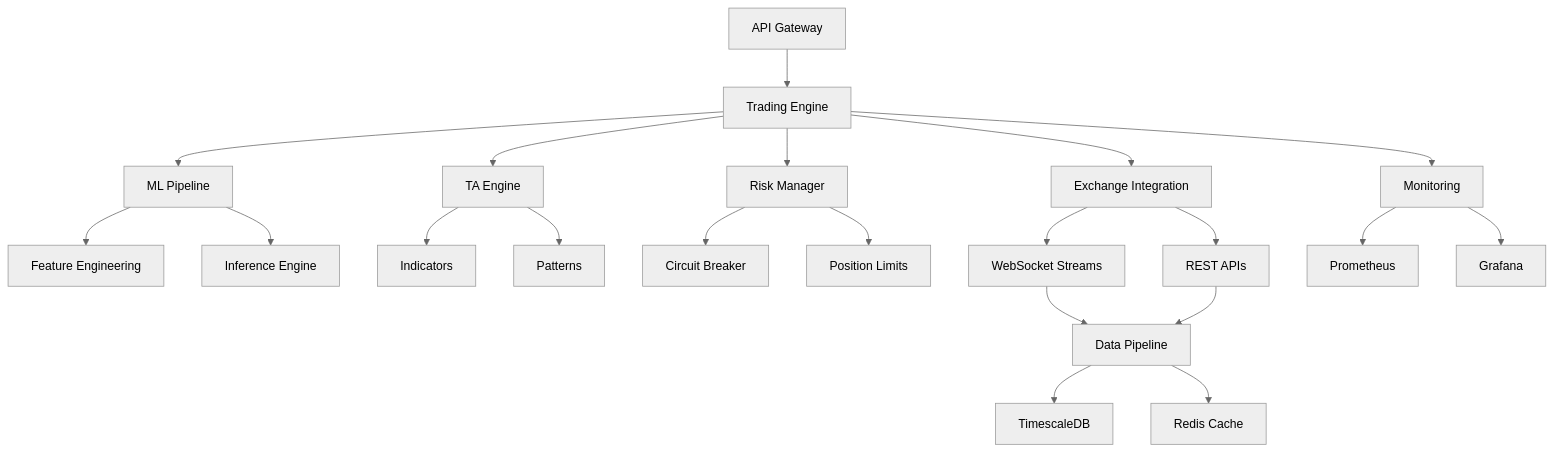
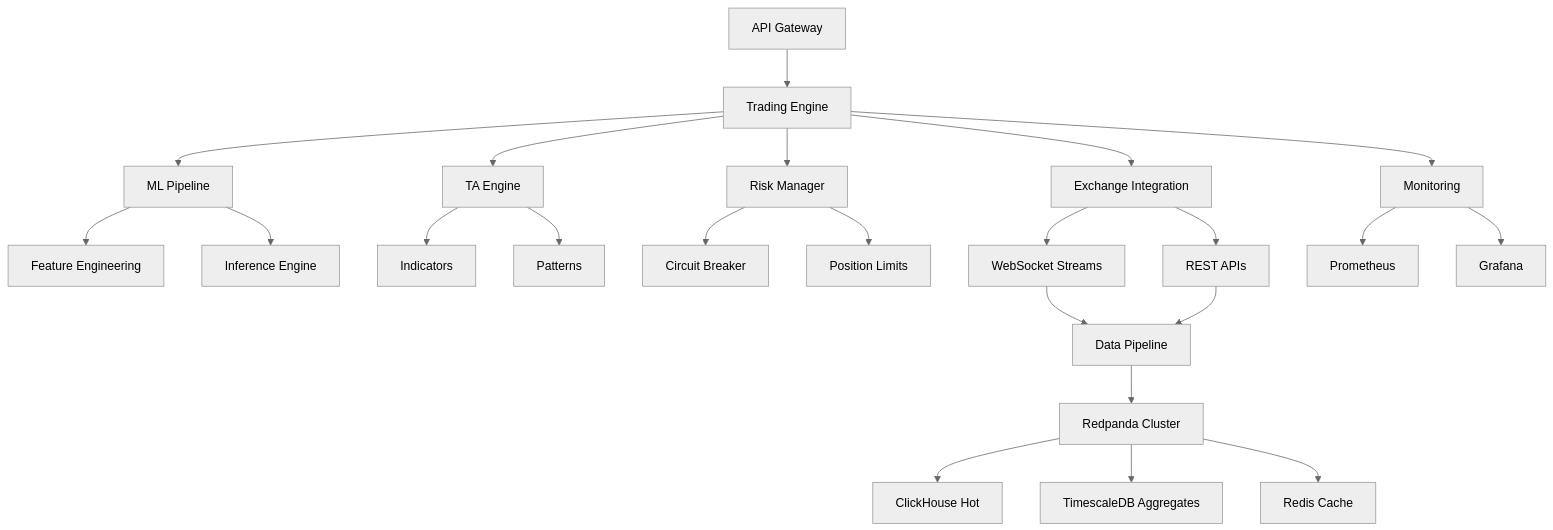
Before and after one commit to brw567/bot4: the diagram in ARCHITECTURE.md, drawn with Mermaid (neutral theme). The commit also changed other lines of this file and 2 other files, not shown here.

First line of the commit message:
arch(layer-1): Redpanda streaming platform - DEEP DIVE

````diff
--- a/ARCHITECTURE.md
+++ b/ARCHITECTURE.md
@@ -933,30 +935,32 @@
 ```mermaid
 graph TB
     API[API Gateway] --> TE[Trading Engine]
     TE --> RM[Risk Manager]
     TE --> ML[ML Pipeline]
     TE --> TA[TA Engine]
     
     ML --> FE[Feature Engineering]
     ML --> INF[Inference Engine]
     
     TA --> IND[Indicators]
     TA --> PAT[Patterns]
     
     RM --> CB[Circuit Breaker]
     RM --> PL[Position Limits]
     
     TE --> EX[Exchange Integration]
     EX --> WS[WebSocket Streams]
     EX --> REST[REST APIs]
     
     WS --> DP[Data Pipeline]
     REST --> DP
     
-    DP --> TS[TimescaleDB]
-    DP --> RD[Redis Cache]
+    DP --> RP[Redpanda Cluster]
+    RP --> CH[ClickHouse Hot]
+    RP --> TS[TimescaleDB Aggregates]
+    RP --> RD[Redis Cache]
     
     TE --> MON[Monitoring]
     MON --> PROM[Prometheus]
     MON --> GRAF[Grafana]
 ```
````
